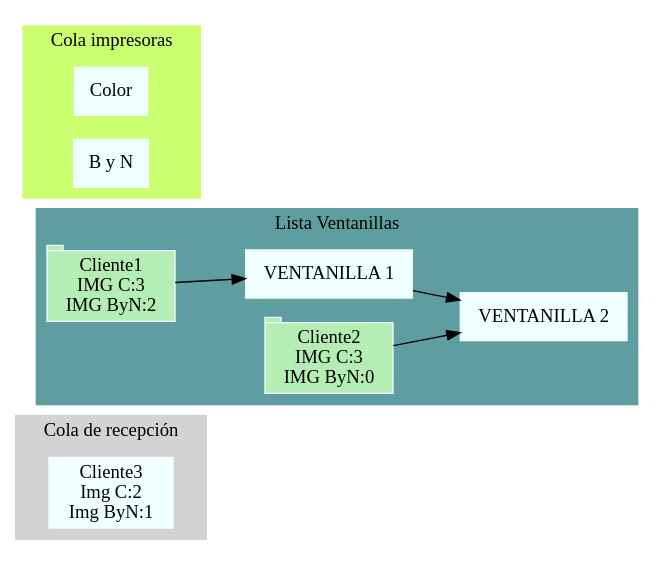
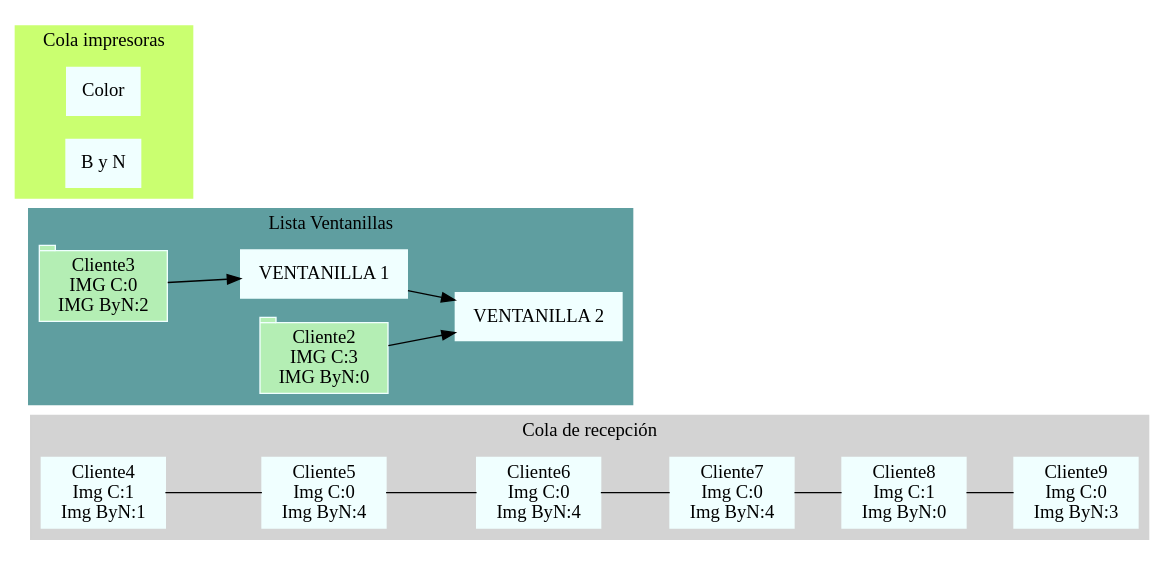
Before and after one commit to LuisaMariaO/EDD_UDRAWING_FASE_202003381: the diagram in EddFase1/Reportes/Memoria.dot, drawn with Graphviz. The commit also changed 3 other files, not shown here.

```diff
--- a/EddFase1/Reportes/Memoria.dot
+++ b/EddFase1/Reportes/Memoria.dot
@@ -1,41 +1,61 @@
 digraph G {
 node[shape=box, style="filled", color=azure1];
 subgraph cluster_0{
 style=filled
 color=lightgrey;
   edge [
     arrowhead="none"
   ];
-Cliente1872034366[label="Cliente3
-Img C:2
+Cliente1725154839[label="Cliente4
+Img C:1
 Img ByN:1"]
+Cliente1878246837[label="Cliente5
+Img C:0
+Img ByN:4"]
+Cliente929338653[label="Cliente6
+Img C:0
+Img ByN:4"]
+Cliente1259475182[label="Cliente7
+Img C:0
+Img ByN:4"]
+Cliente1300109446[label="Cliente8
+Img C:1
+Img ByN:0"]
+Cliente1020371697[label="Cliente9
+Img C:0
+Img ByN:3"]
+Cliente1725154839 -> Cliente1878246837
+Cliente1878246837 -> Cliente929338653
+Cliente929338653 -> Cliente1259475182
+Cliente1259475182 -> Cliente1300109446
+Cliente1300109446 -> Cliente1020371697
 label="Cola de recepción";
 }
 subgraph cluster_1{
 style=filled
 color=cadetblue;
-Ventanilla1581781576[label="VENTANILLA 1"]
-ClienteV1725154839[shape=tab fillcolor=darkseagreen2 label="Cliente1
-IMG C:3
+Ventanilla1670675563[label="VENTANILLA 1"]
+ClienteV1581781576[shape=tab fillcolor=darkseagreen2 label="Cliente3
+IMG C:0
 IMG ByN:2"]
-Ventanilla1670675563[label="VENTANILLA 2"]
-ClienteV644117698[shape=tab fillcolor=darkseagreen2 label="Cliente2
+Ventanilla895328852[label="VENTANILLA 2"]
+ClienteV1872034366[shape=tab fillcolor=darkseagreen2 label="Cliente2
 IMG C:3
 IMG ByN:0"]
-ClienteV1725154839 -> Ventanilla1581781576
-Ventanilla1581781576 -> Ventanilla1670675563
-ClienteV644117698 -> Ventanilla1670675563
+ClienteV1581781576 -> Ventanilla1670675563
+Ventanilla1670675563 -> Ventanilla895328852
+ClienteV1872034366 -> Ventanilla895328852
 label="Lista Ventanillas";
 }
 subgraph cluster_2{
 style=filled
 color=darkolivegreen1;
   edge [
     arrowhead="none"
   ];
-Impresora723074861[label="Color"]
-Impresora895328852[label="B y N"]
+Impresora1304836502[label="Color"]
+Impresora225534817[label="B y N"]
 label="Cola impresoras";
 }
 rankdir=LR;
 }
```
